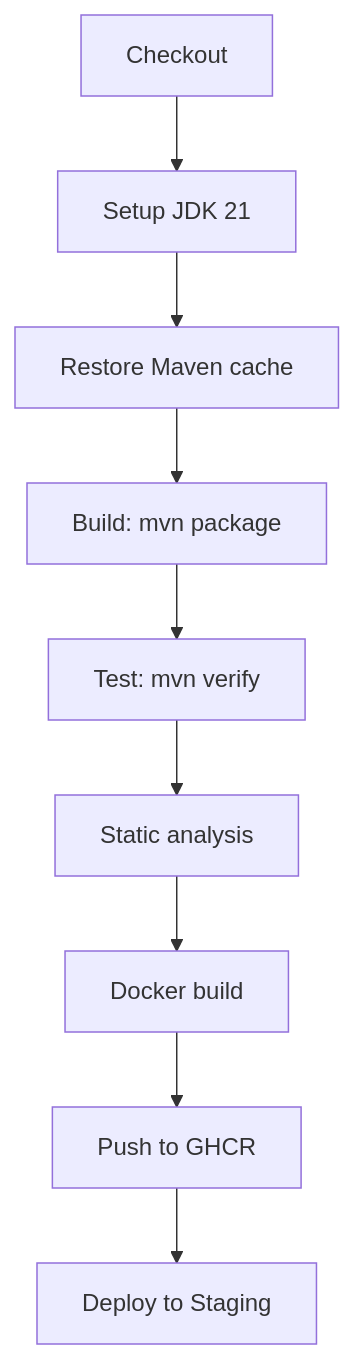
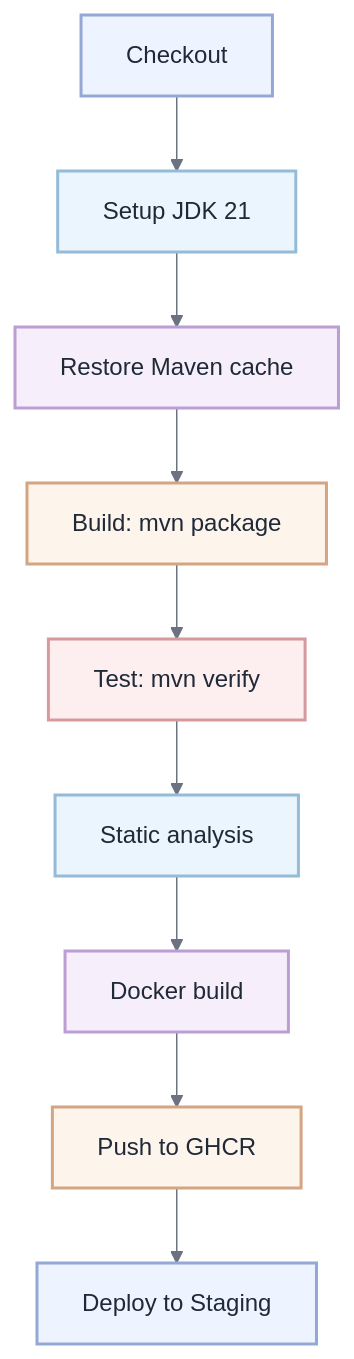
Before and after one commit to MishaSytch/middle_java_back: the third of 7 diagrams in docs/interview/cicd.md, drawn with Mermaid. The commit also changed other lines of this file and 15 other files, not shown here.

````diff
--- a/docs/interview/cicd.md
+++ b/docs/interview/cicd.md
@@ -527,11 +547,26 @@
 ```mermaid
+%%{init: { 'theme': 'neutral', 'themeVariables': { 'primaryColor': '#ffffff', 'primaryTextColor': '#1f2937', 'lineColor': '#6b7280', 'primaryBorderColor': '#d1d5db', 'secondaryColor': '#f3f4f6', 'tertiaryColor': '#e5e7eb' } } }%%
 flowchart TB
     C[Checkout] --> J[Setup JDK 21]
     J --> Cache[Restore Maven cache]
     Cache --> B[Build: mvn package]
     B --> T[Test: mvn verify]
     T --> SA[Static analysis]
     SA --> D[Docker build]
     D --> P[Push to GHCR]
     P --> S[Deploy to Staging]
+    classDef n0 fill:#eef4ff,stroke:#93a8d4,stroke-width:2px,color:#1f2937
+    classDef n1 fill:#eaf5fd,stroke:#94bcd8,stroke-width:2px,color:#1f2937
+    classDef n2 fill:#f6eefa,stroke:#bb9ed4,stroke-width:2px,color:#1f2937
+    classDef n3 fill:#fdf4ec,stroke:#d4a582,stroke-width:2px,color:#1f2937
+    classDef n4 fill:#fdeef0,stroke:#d49a9c,stroke-width:2px,color:#1f2937
+    class C n0
+    class J n1
+    class Cache n2
+    class B n3
+    class T n4
+    class SA n1
+    class D n2
+    class P n3
+    class S n0
 ```
````
